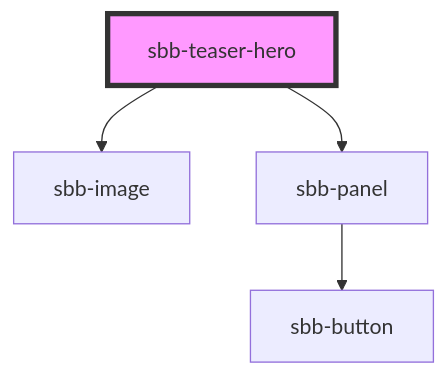
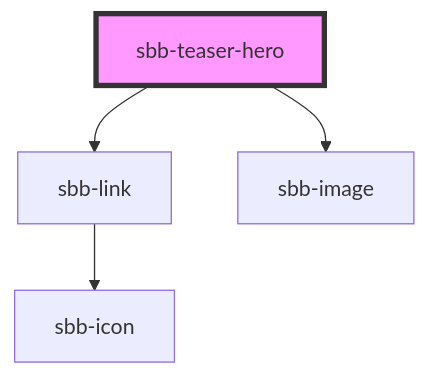
One commit to sbb-design-systems/lyne-components changed the diagram in src/components/sbb-teaser-hero/readme.md. Above: the diagram before and after it, drawn with Mermaid. The commit also changed other lines of this file and 23 other files, not shown here.

Commit message:
refactor(sbb-teaser-hero): rework structure (#1264)

````diff
--- a/src/components/sbb-teaser-hero/readme.md
+++ b/src/components/sbb-teaser-hero/readme.md
@@ -27,7 +65,7 @@
 ```mermaid
 graph TD;
+  sbb-teaser-hero --> sbb-link
   sbb-teaser-hero --> sbb-image
-  sbb-teaser-hero --> sbb-panel
-  sbb-panel --> sbb-button
+  sbb-link --> sbb-icon
   style sbb-teaser-hero fill:#f9f,stroke:#333,stroke-width:4px
 ```
````
